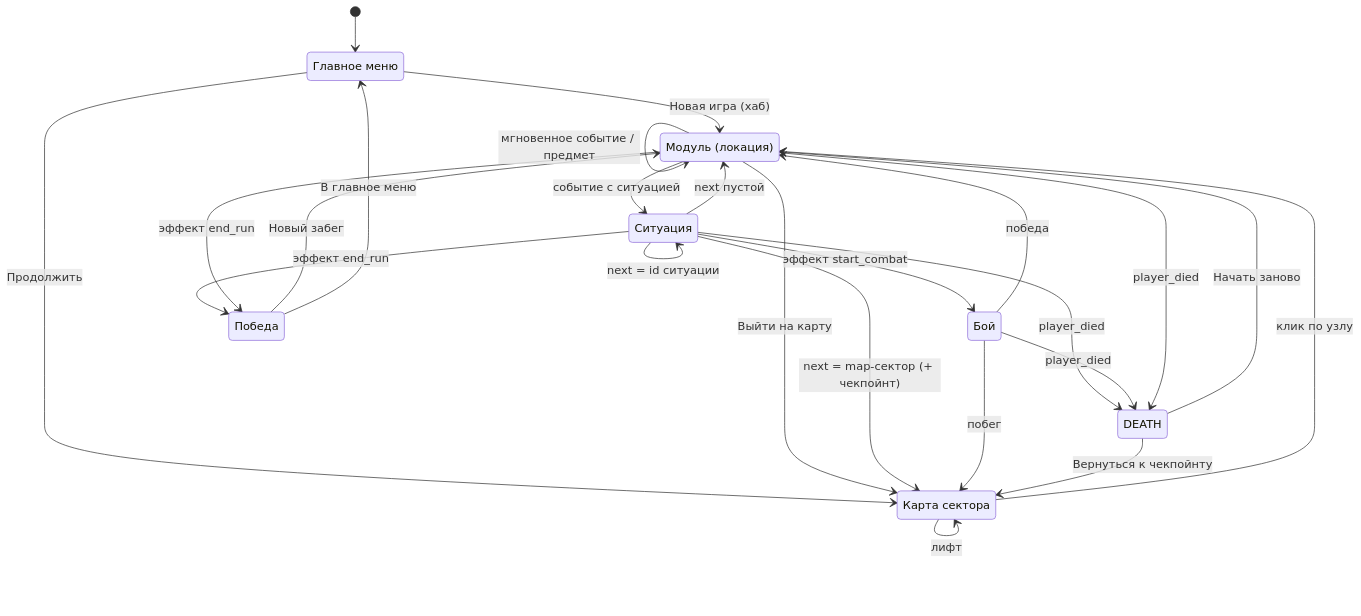
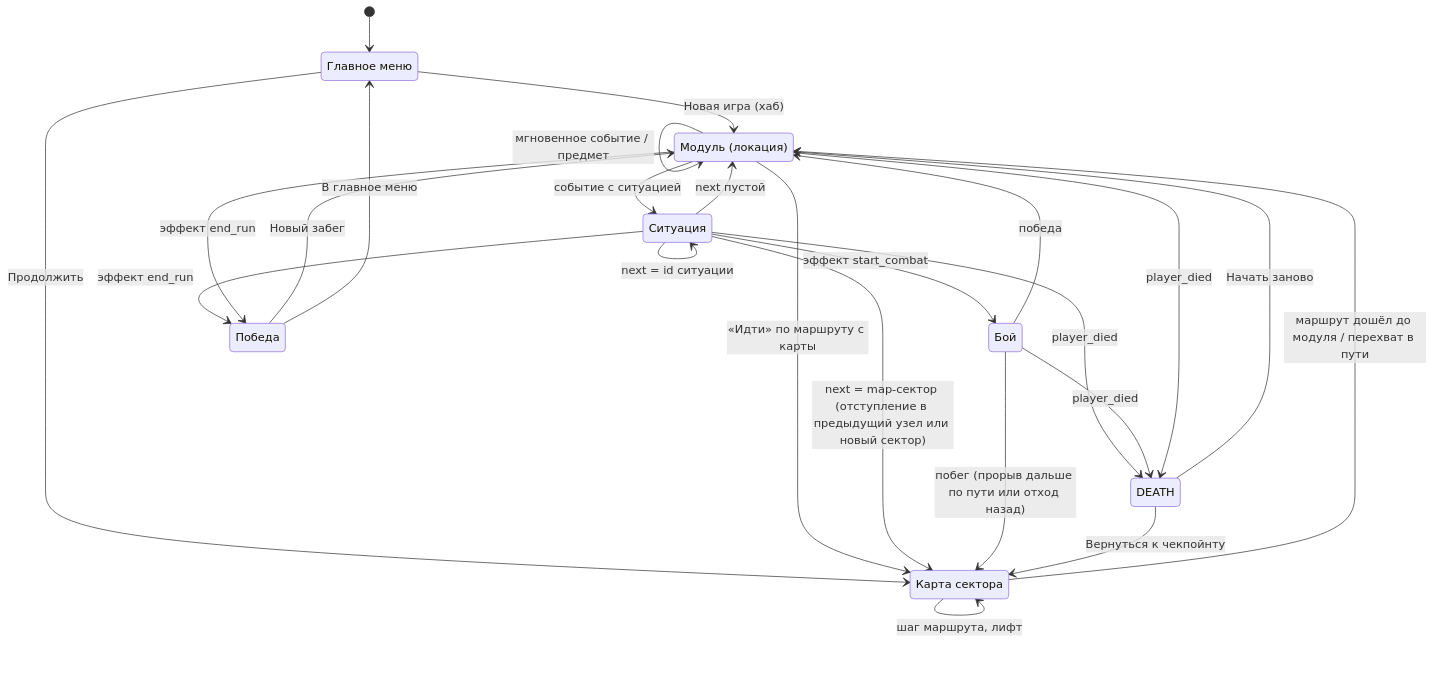
Before and after one commit to Frederick1122/CosmosText: the diagram in docs/ARCHITECTURE.md, drawn with Mermaid. The commit also changed other lines of this file and 25 other files, not shown here.

````diff
--- a/docs/ARCHITECTURE.md
+++ b/docs/ARCHITECTURE.md
@@ -83,33 +86,33 @@
 ```mermaid
 stateDiagram-v2
     state "Главное меню" as MENU
     state "Карта сектора" as MAP
     state "Модуль (локация)" as LOC
     state "Ситуация" as SIT
     state "Бой" as COMBAT
     state "Победа" as WIN
 
     [*] --> MENU
     MENU --> LOC: Новая игра (хаб)
     MENU --> MAP: Продолжить
-    MAP --> LOC: клик по узлу
-    MAP --> MAP: лифт
+    MAP --> LOC: маршрут дошёл до модуля / перехват в пути
+    MAP --> MAP: шаг маршрута, лифт
     LOC --> SIT: событие с ситуацией
     LOC --> LOC: мгновенное событие / предмет
-    LOC --> MAP: Выйти на карту
+    LOC --> MAP: «Идти» по маршруту с карты
     SIT --> SIT: next = id ситуации
     SIT --> LOC: next пустой
-    SIT --> MAP: next = map-сектор (+ чекпойнт)
+    SIT --> MAP: next = map-сектор (отступление в предыдущий узел или новый сектор)
     SIT --> COMBAT: эффект start_combat
     COMBAT --> LOC: победа
-    COMBAT --> MAP: побег
+    COMBAT --> MAP: побег (прорыв дальше по пути или отход назад)
     SIT --> DEATH: player_died
     COMBAT --> DEATH: player_died
     LOC --> DEATH: player_died
     DEATH --> LOC: Начать заново
     DEATH --> MAP: Вернуться к чекпойнту
     SIT --> WIN: эффект end_run
     LOC --> WIN: эффект end_run
     WIN --> LOC: Новый забег
     WIN --> MENU: В главное меню
 ```
````
